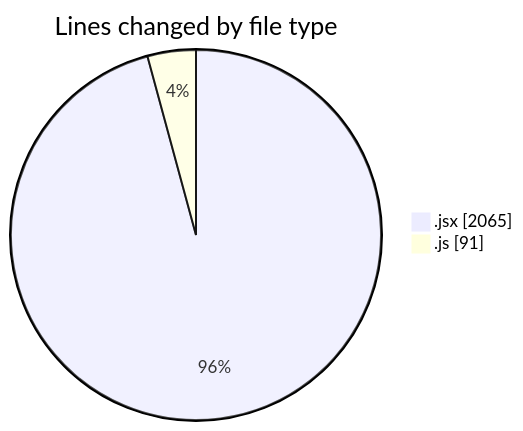
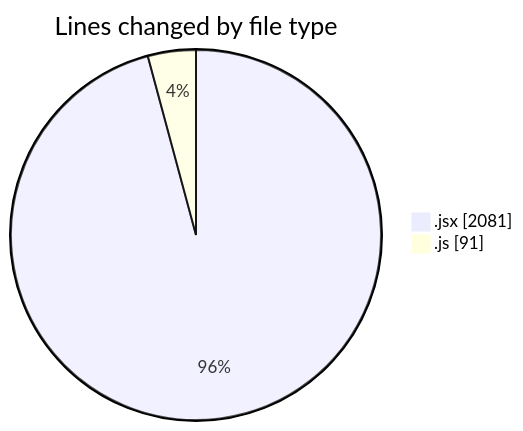
Before and after one commit to nxtqubesakshisongat/code-tracking: the first of 2 diagrams in 2025-07-07/argos/README.md, drawn with Mermaid. The commit also changed other lines of this file and 1 other file, not shown here.

````diff
--- a/2025-07-07/argos/README.md
+++ b/2025-07-07/argos/README.md
@@ -23,6 +23,6 @@
 ```mermaid
 pie showData
 title Lines changed by file type
-".jsx" : 2065
+".jsx" : 2081
 ".js" : 91
 ```
````
